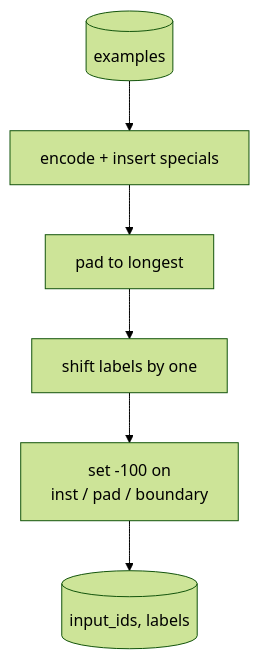
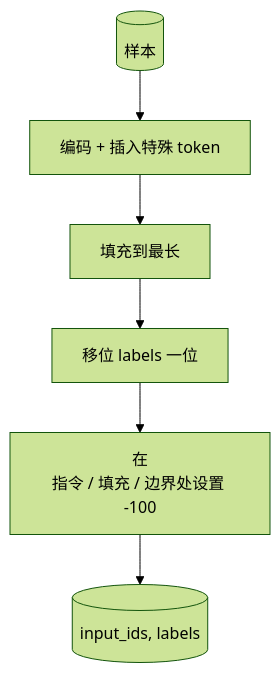
Before and after one commit to guangningsun/ailearning: the second of 3 diagrams in lessons/19-capstone-projects/39-instruction-tuning-sft/docs/zh.md, drawn with Mermaid (forest theme). The commit also changed other lines of this file and 85 other files, not shown here.

````diff
--- a/lessons/19-capstone-projects/39-instruction-tuning-sft/docs/zh.md
+++ b/lessons/19-capstone-projects/39-instruction-tuning-sft/docs/zh.md
@@ -80,8 +80,8 @@
 ```mermaid
 flowchart TD
-  Batch[(examples)] --> Tok[encode + insert specials]
-  Tok --> Pad[pad to longest]
-  Pad --> Shift[shift labels by one]
-  Shift --> Mask[set -100 on<br/>inst / pad / boundary]
+  Batch[(样本)] --> Tok[编码 + 插入特殊 token]
+  Tok --> Pad[填充到最长]
+  Pad --> Shift[移位 labels 一位]
+  Shift --> Mask[在<br/>指令 / 填充 / 边界处设置 -100]
   Mask --> Out[(input_ids, labels)]
 ```
````
